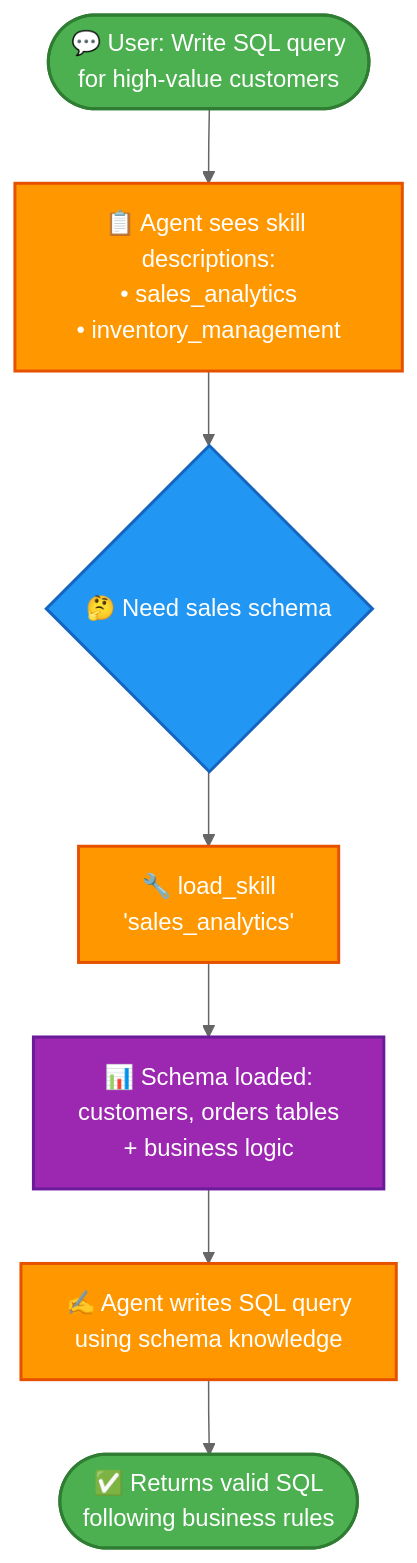
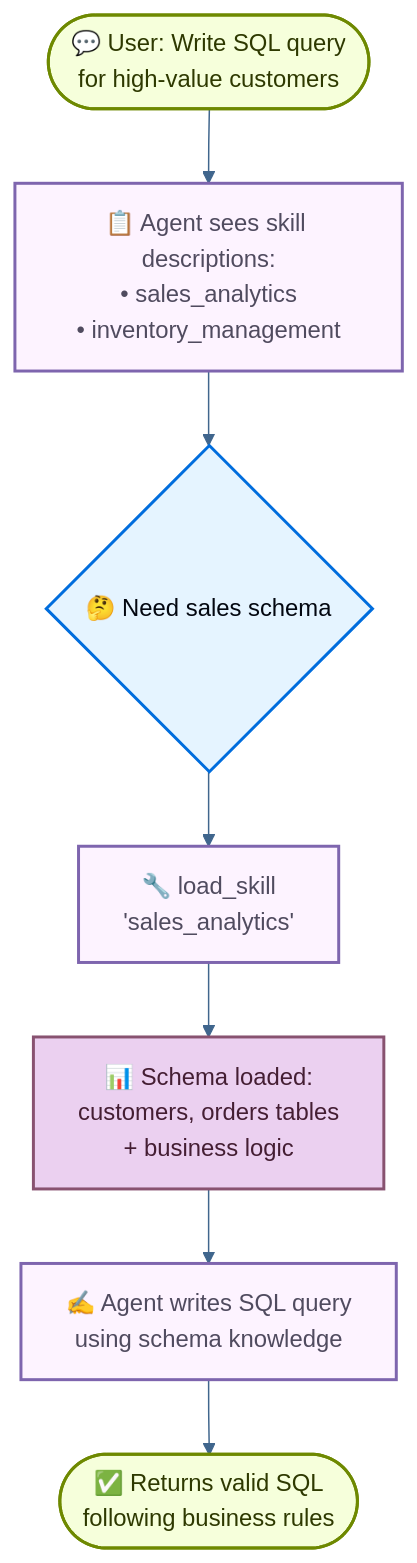
The diagram in vault/packages/langchain/latest/contents/langchain/multi-agent/skills-sql-assistant.mdx (olorehq/olore), drawn with Mermaid before and after one commit. The commit also changed other lines of this file and 14210 other files, not shown here.

````diff
--- a/vault/packages/langchain/latest/contents/langchain/multi-agent/skills-sql-assistant.mdx
+++ b/vault/packages/langchain/latest/contents/langchain/multi-agent/skills-sql-assistant.mdx
@@ -27,26 +27,26 @@
 ```mermaid
-%%{init: {'theme':'base', 'themeVariables': { 'primaryColor':'#4CAF50','primaryTextColor':'#fff','primaryBorderColor':'#2E7D32','lineColor':'#666','secondaryColor':'#FF9800','tertiaryColor':'#2196F3','tertiaryBorderColor':'#1565C0','tertiaryTextColor':'#fff'}}}%%
+%%{init: {'theme':'base', 'themeVariables': { 'primaryColor':'#E5F4FF','primaryTextColor':'#030710','primaryBorderColor':'#006DDD','lineColor':'#40668D','secondaryColor':'#F6FFDB','tertiaryColor':'#FDF3FF','tertiaryBorderColor':'#7E65AE','tertiaryTextColor':'#504B5F'}}}%%
 flowchart TD
     Start([💬 User: Write SQL query<br/>for high-value customers]) --> SystemPrompt[📋 Agent sees skill descriptions:<br/>• sales_analytics<br/>• inventory_management]
 
     SystemPrompt --> Decide{🤔 Need sales schema}
 
     Decide --> LoadSkill[🔧 load_skill<br/>'sales_analytics']
 
     LoadSkill --> Schema[📊 Schema loaded:<br/>customers, orders tables<br/>+ business logic]
 
     Schema --> WriteQuery[✍️ Agent writes SQL query<br/>using schema knowledge]
 
     WriteQuery --> Response([✅ Returns valid SQL<br/>following business rules])
 
     %% Styling for light and dark modes
-    classDef startEnd fill:#4CAF50,stroke:#2E7D32,stroke-width:2px,color:#fff
-    classDef process fill:#FF9800,stroke:#E65100,stroke-width:2px,color:#fff
-    classDef decision fill:#2196F3,stroke:#1565C0,stroke-width:2px,color:#fff
-    classDef enrichment fill:#9C27B0,stroke:#6A1B9A,stroke-width:2px,color:#fff
+    classDef startEnd fill:#F6FFDB,stroke:#6E8900,stroke-width:2px,color:#2E3900
+    classDef process fill:#FDF3FF,stroke:#7E65AE,stroke-width:2px,color:#504B5F
+    classDef decision fill:#E5F4FF,stroke:#006DDD,stroke-width:2px,color:#030710
+    classDef enrichment fill:#EBD0F0,stroke:#885270,stroke-width:2px,color:#441E33
 
     class Start,Response startEnd
     class SystemPrompt,LoadSkill,WriteQuery process
     class Decide decision
     class Schema enrichment
 ```
````
